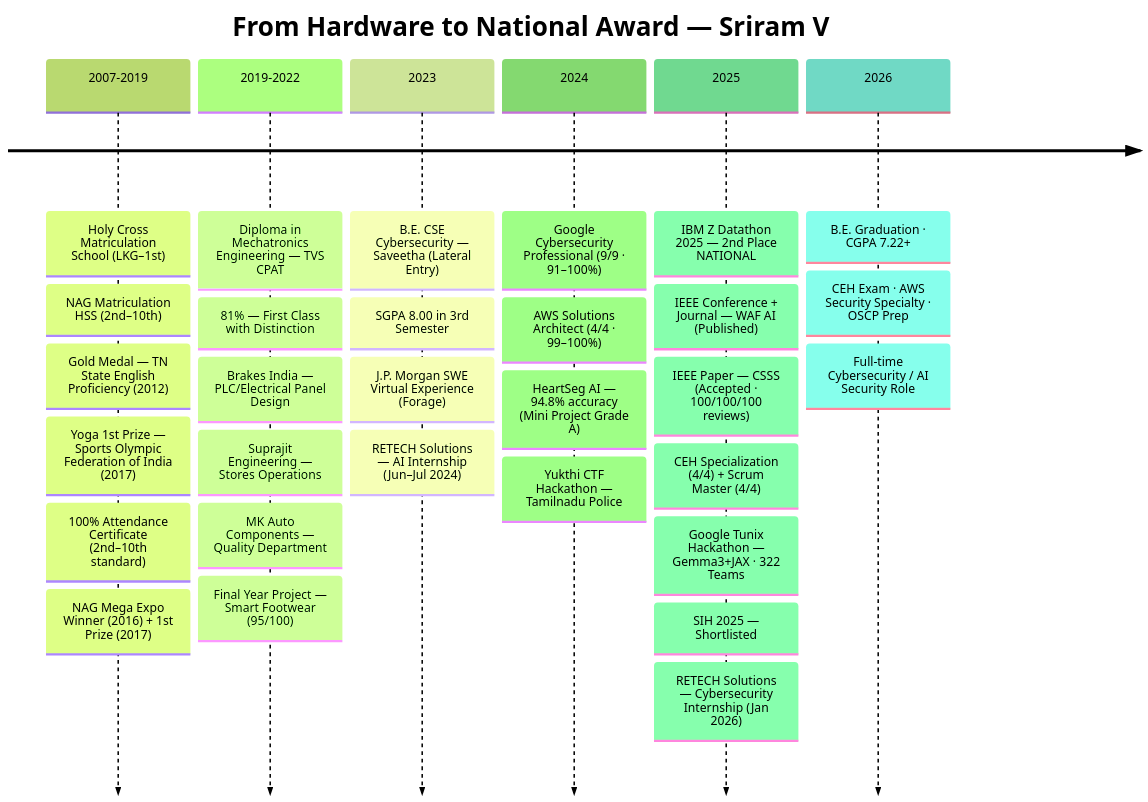
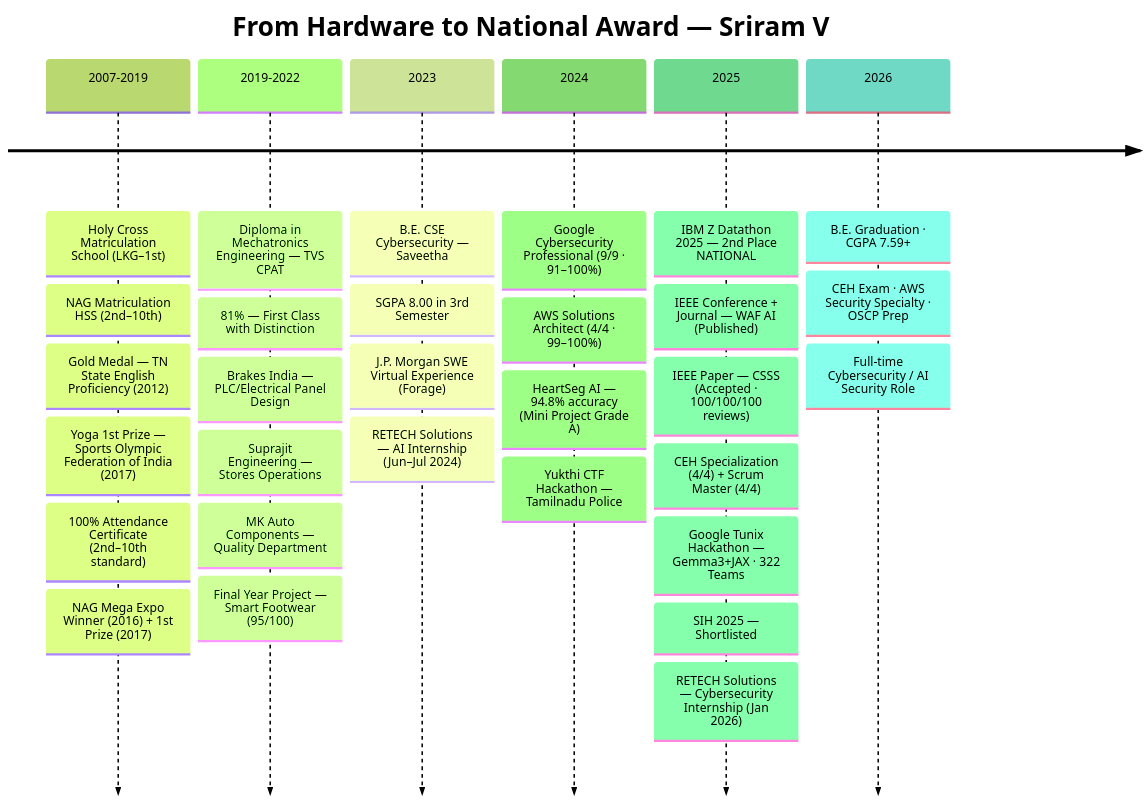
One commit to Darkwebnew/Darkwebnew changed the diagram in README.md. Above: the diagram before and after it, drawn with Mermaid (forest theme). The commit also changed other lines of this file, not shown here.

````diff
--- a/README.md
+++ b/README.md
@@ -343,34 +366,34 @@
 ```mermaid
 timeline
     title From Hardware to National Award — Sriram V
     2007-2019 : Holy Cross Matriculation School (LKG–1st)
               : NAG Matriculation HSS (2nd–10th)
               : Gold Medal — TN State English Proficiency (2012)
               : Yoga 1st Prize — Sports Olympic Federation of India (2017)
               : 100% Attendance Certificate (2nd–10th standard)
               : NAG Mega Expo Winner (2016) + 1st Prize (2017)
     2019-2022 : Diploma in Mechatronics Engineering — TVS CPAT
               : 81% — First Class with Distinction
               : Brakes India — PLC/Electrical Panel Design
               : Suprajit Engineering — Stores Operations
               : MK Auto Components — Quality Department
               : Final Year Project — Smart Footwear (95/100)
-    2023      : B.E. CSE Cybersecurity — Saveetha (Lateral Entry)
+    2023      : B.E. CSE Cybersecurity — Saveetha
               : SGPA 8.00 in 3rd Semester
               : J.P. Morgan SWE Virtual Experience (Forage)
               : RETECH Solutions — AI Internship (Jun–Jul 2024)
     2024      : Google Cybersecurity Professional (9/9 · 91–100%)
               : AWS Solutions Architect (4/4 · 99–100%)
               : HeartSeg AI — 94.8% accuracy (Mini Project Grade A)
               : Yukthi CTF Hackathon — Tamilnadu Police
     2025      : IBM Z Datathon 2025 — 2nd Place NATIONAL
               : IEEE Conference + Journal — WAF AI (Published)
               : IEEE Paper — CSSS (Accepted · 100/100/100 reviews)
               : CEH Specialization (4/4) + Scrum Master (4/4)
               : Google Tunix Hackathon — Gemma3+JAX · 322 Teams
               : SIH 2025 — Shortlisted
               : RETECH Solutions — Cybersecurity Internship (Jan 2026)
-    2026      : B.E. Graduation · CGPA 7.22+
+    2026      : B.E. Graduation · CGPA 7.59+
               : CEH Exam · AWS Security Specialty · OSCP Prep
               : Full-time Cybersecurity / AI Security Role
 ```
````
